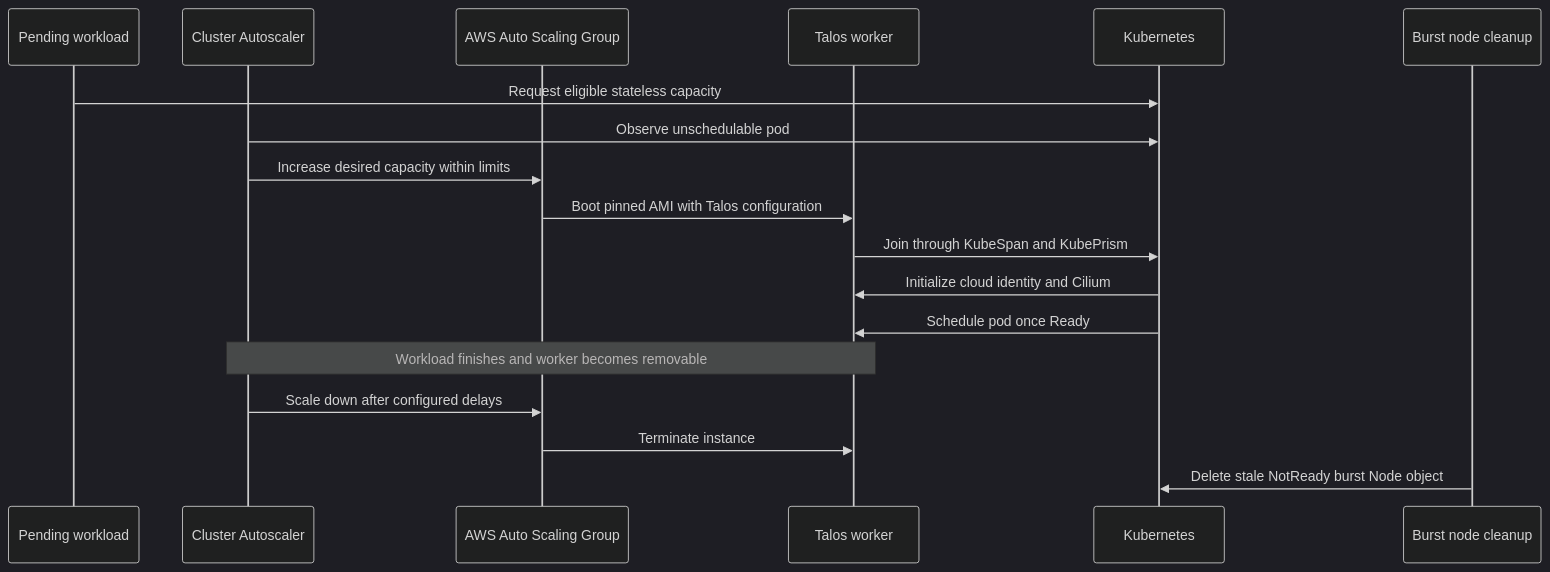
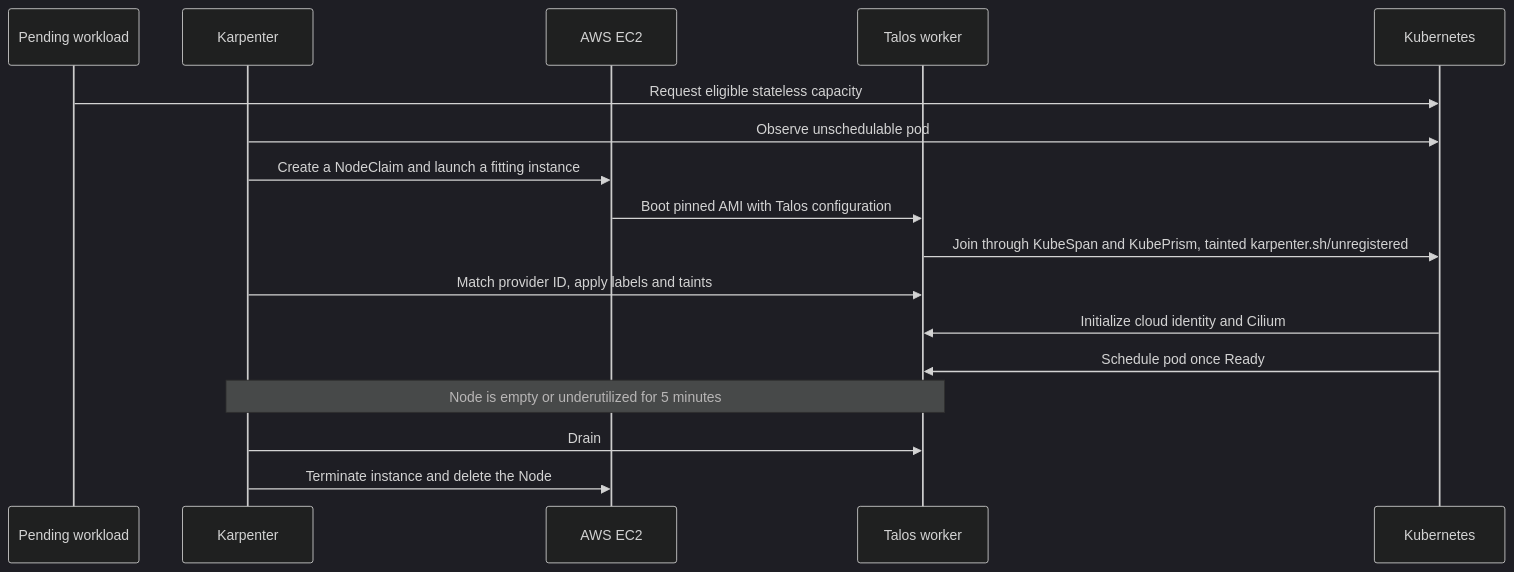
One commit to phuchoang2603/talos-proxmox changed the second of 2 diagrams in docs/architecture/hybrid-aws-workers.md. Above: the diagram before and after it, drawn with Mermaid (dark theme). The commit also changed other lines of this file and 45 other files, not shown here.

First line of the commit message:
Replace Cluster Autoscaler and burst ASG with Karpenter for AWS workers

````diff
--- a/docs/architecture/hybrid-aws-workers.md
+++ b/docs/architecture/hybrid-aws-workers.md
@@ -55,20 +56,19 @@
 ```mermaid
 sequenceDiagram
     participant Pod as Pending workload
-    participant CA as Cluster Autoscaler
-    participant ASG as AWS Auto Scaling Group
+    participant KP as Karpenter
+    participant EC2 as AWS EC2
     participant Node as Talos worker
     participant K8s as Kubernetes
-    participant GC as Burst node cleanup
     Pod->>K8s: Request eligible stateless capacity
-    CA->>K8s: Observe unschedulable pod
-    CA->>ASG: Increase desired capacity within limits
-    ASG->>Node: Boot pinned AMI with Talos configuration
-    Node->>K8s: Join through KubeSpan and KubePrism
+    KP->>K8s: Observe unschedulable pod
+    KP->>EC2: Create a NodeClaim and launch a fitting instance
+    EC2->>Node: Boot pinned AMI with Talos configuration
+    Node->>K8s: Join through KubeSpan and KubePrism, tainted karpenter.sh/unregistered
+    KP->>Node: Match provider ID, apply labels and taints
     K8s->>Node: Initialize cloud identity and Cilium
     K8s->>Node: Schedule pod once Ready
-    Note over CA,Node: Workload finishes and worker becomes removable
-    CA->>ASG: Scale down after configured delays
-    ASG->>Node: Terminate instance
-    GC->>K8s: Delete stale NotReady burst Node object
+    Note over KP,Node: Node is empty or underutilized for 5 minutes
+    KP->>Node: Drain
+    KP->>EC2: Terminate instance and delete the Node
 ```
````
